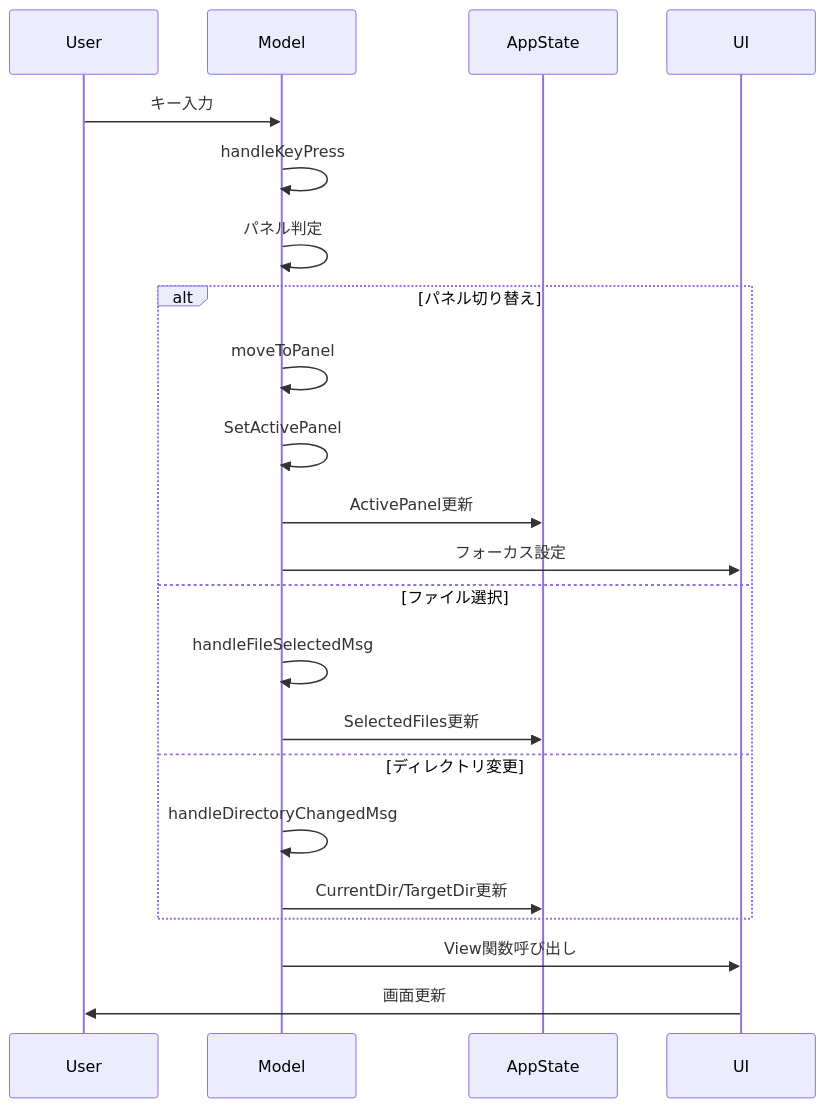
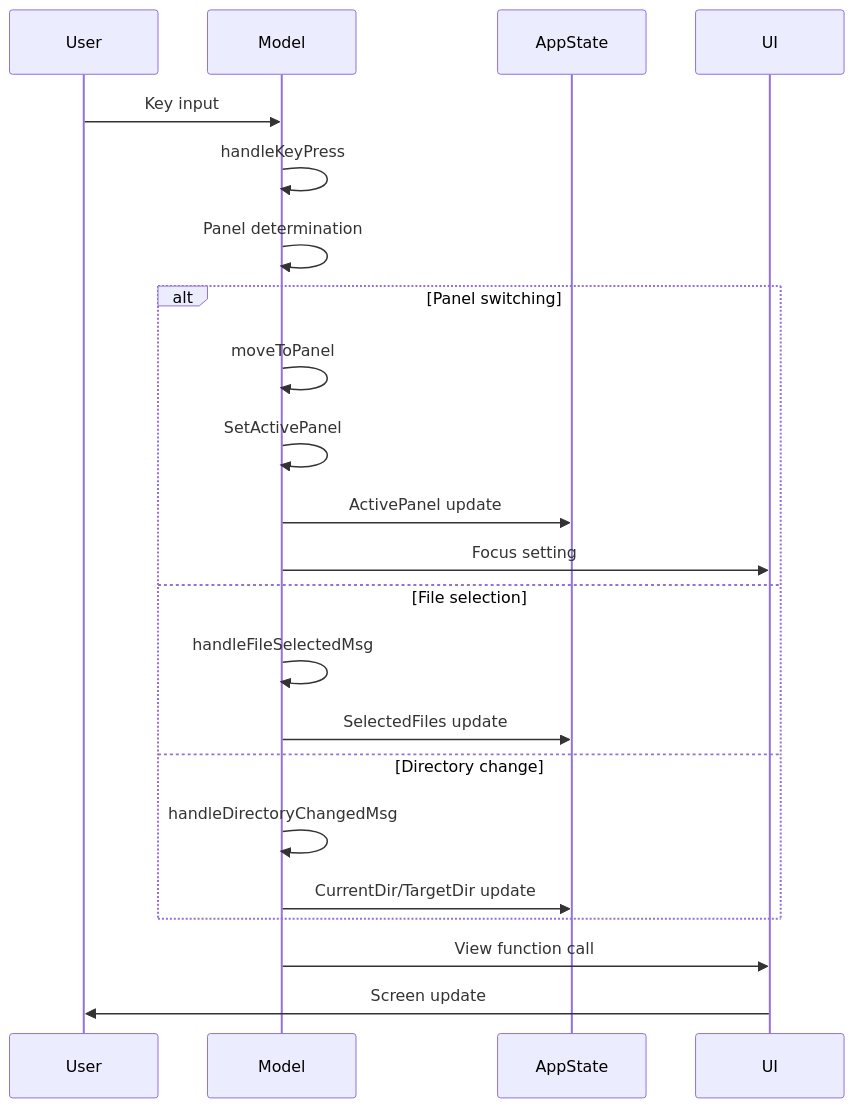
Before and after one commit to tom555-555/tuimv: the seventh of 10 diagrams in docs/architecture-diagrams.md, drawn with Mermaid. The commit also changed other lines of this file and 3 other files, not shown here.

````diff
--- a/docs/architecture-diagrams.md
+++ b/docs/architecture-diagrams.md
@@ -198,27 +200,27 @@
 ```mermaid
 sequenceDiagram
     participant User
     participant Model
     participant AppState
     participant UI
     
-    User->>Model: キー入力
+    User->>Model: Key input
     Model->>Model: handleKeyPress
-    Model->>Model: パネル判定
+    Model->>Model: Panel determination
     
-    alt パネル切り替え
+    alt Panel switching
         Model->>Model: moveToPanel
         Model->>Model: SetActivePanel
-        Model->>AppState: ActivePanel更新
-        Model->>UI: フォーカス設定
-    else ファイル選択
+        Model->>AppState: ActivePanel update
+        Model->>UI: Focus setting
+    else File selection
         Model->>Model: handleFileSelectedMsg
-        Model->>AppState: SelectedFiles更新
-    else ディレクトリ変更
+        Model->>AppState: SelectedFiles update
+    else Directory change
         Model->>Model: handleDirectoryChangedMsg
-        Model->>AppState: CurrentDir/TargetDir更新
+        Model->>AppState: CurrentDir/TargetDir update
     end
     
-    Model->>UI: View関数呼び出し
-    UI->>User: 画面更新
+    Model->>UI: View function call
+    UI->>User: Screen update
 ```
````
